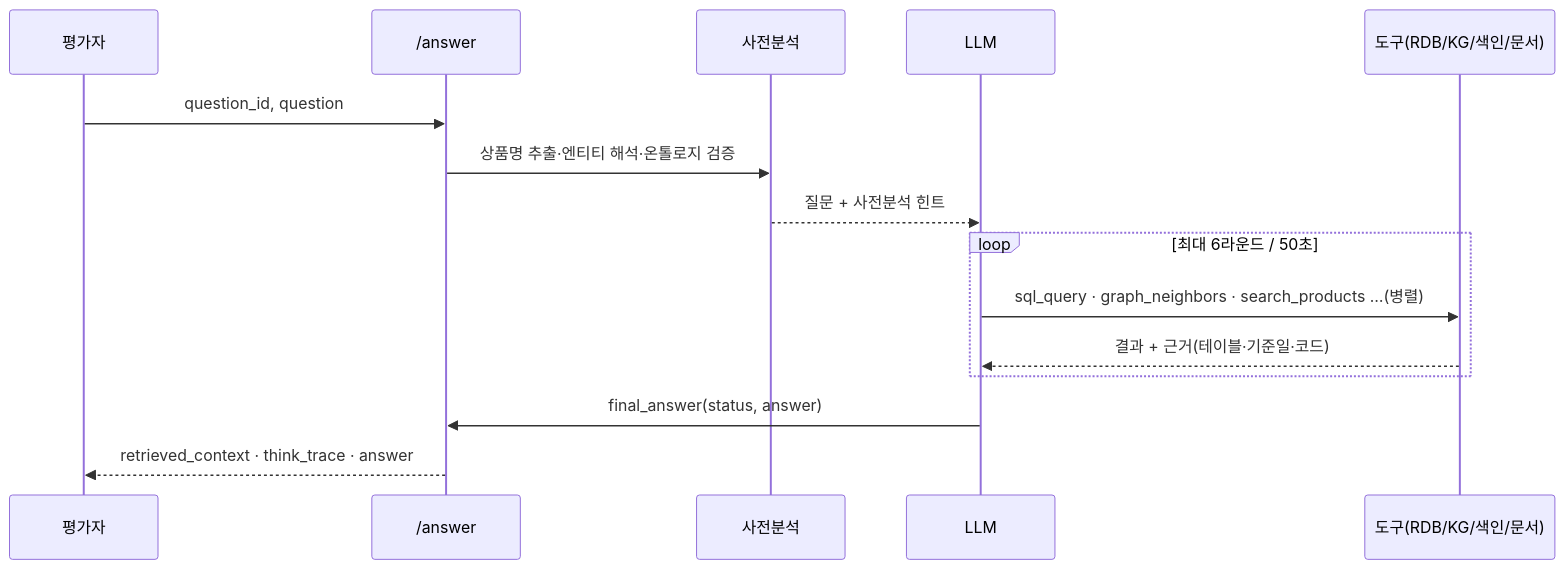
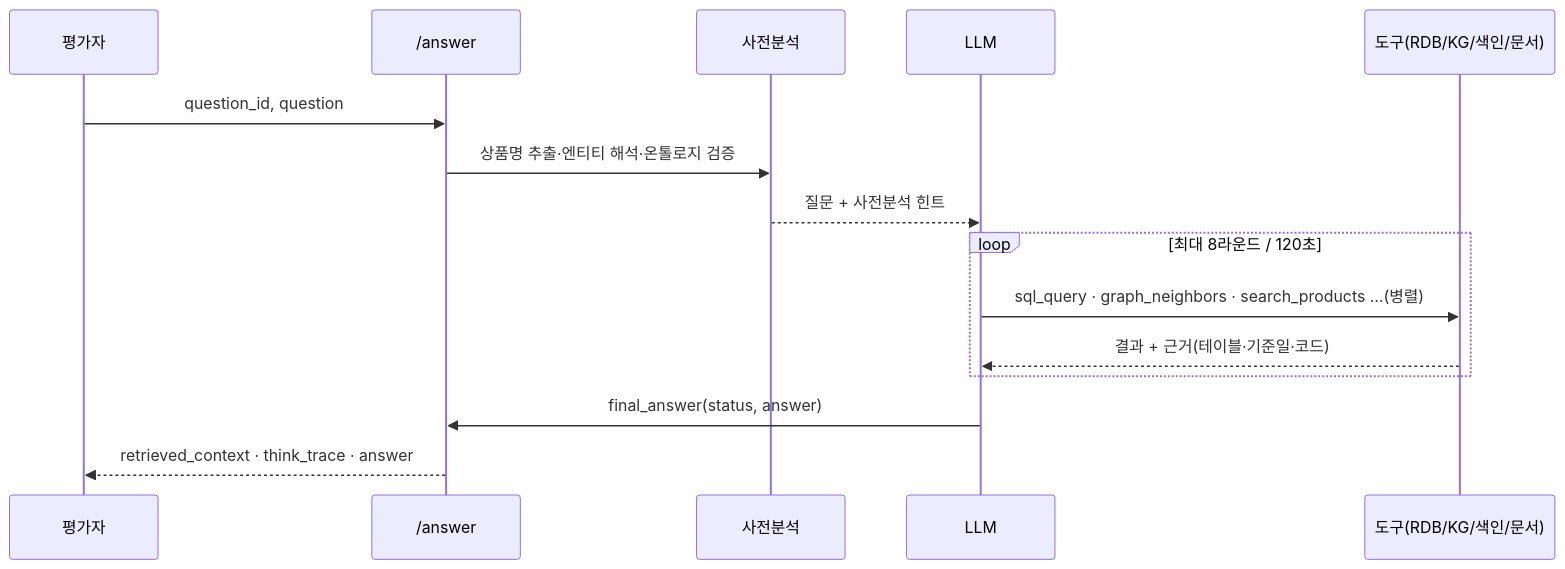
The third of 3 diagrams in docs/proposal_outline.md (heon-1219/tradingDecisionAgent), drawn with Mermaid before and after one commit. The commit also changed other lines of this file and 6 other files, not shown here.

````diff
--- a/docs/proposal_outline.md
+++ b/docs/proposal_outline.md
@@ -62,17 +149,17 @@
 ```mermaid
 sequenceDiagram
     participant U as 평가자
     participant API as /answer
     participant P as 사전분석
     participant L as LLM
     participant T as 도구(RDB/KG/색인/문서)
     U->>API: question_id, question
     API->>P: 상품명 추출·엔티티 해석·온톨로지 검증
     P-->>L: 질문 + 사전분석 힌트
-    loop 최대 6라운드 / 50초
+    loop 최대 8라운드 / 120초
       L->>T: sql_query · graph_neighbors · search_products …(병렬)
       T-->>L: 결과 + 근거(테이블·기준일·코드)
     end
     L->>API: final_answer(status, answer)
     API-->>U: retrieved_context · think_trace · answer
 ```
````
